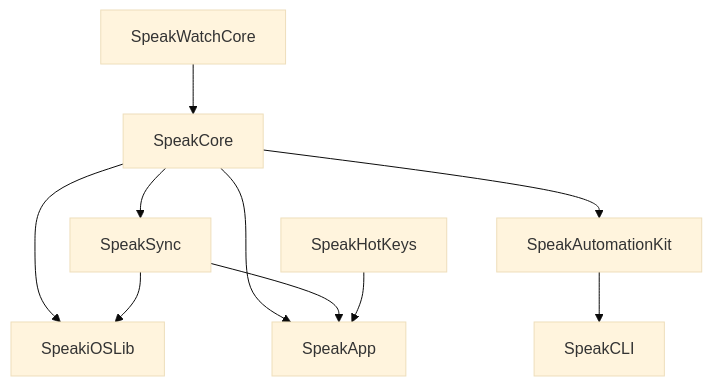
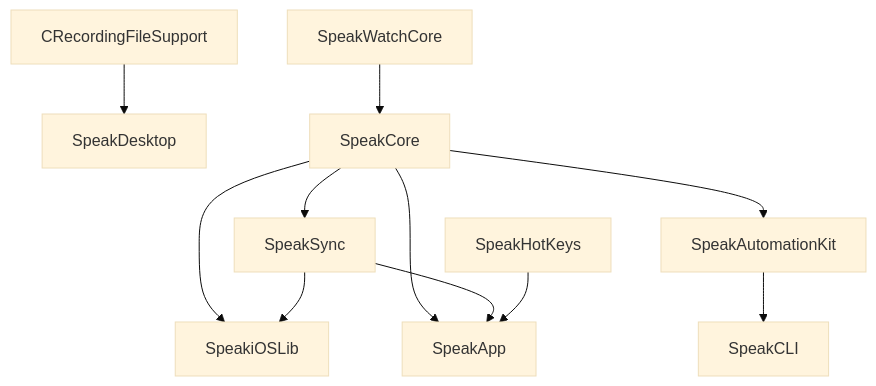
The first of 2 diagrams in Docs/Architecture.md (crmitchelmore/justspeaktoit), drawn with Mermaid (base theme) before and after one commit. The commit also changed other lines of this file and 15 other files, not shown here.

````diff
--- a/Docs/Architecture.md
+++ b/Docs/Architecture.md
@@ -52,12 +54,13 @@
 ```mermaid
 flowchart TD
+    RecordingFiles[CRecordingFileSupport] --> Desktop[SpeakDesktop]
     WatchCore[SpeakWatchCore] --> Core[SpeakCore]
     Core --> Sync[SpeakSync]
     Core --> IOSLib[SpeakiOSLib]
     Sync --> IOSLib
     Core --> Automation[SpeakAutomationKit]
     Automation --> CLI[SpeakCLI]
     Core --> Mac[SpeakApp]
     Sync --> Mac
     HotKeys[SpeakHotKeys] --> Mac
 ```
````
